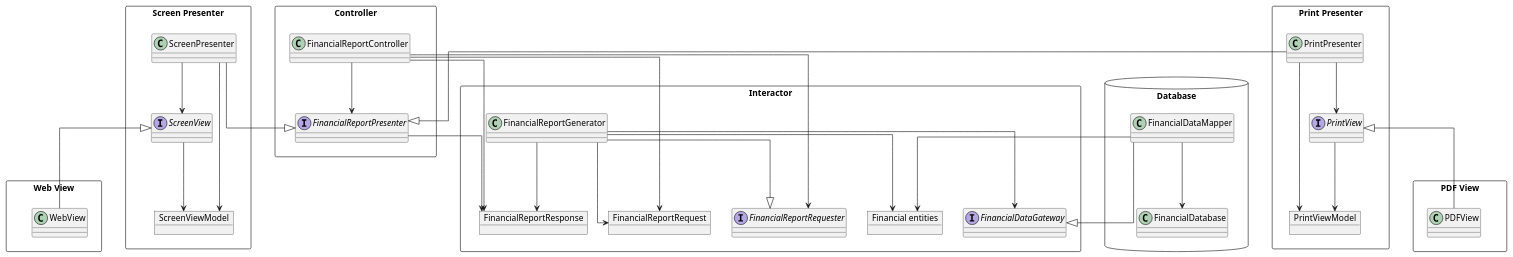
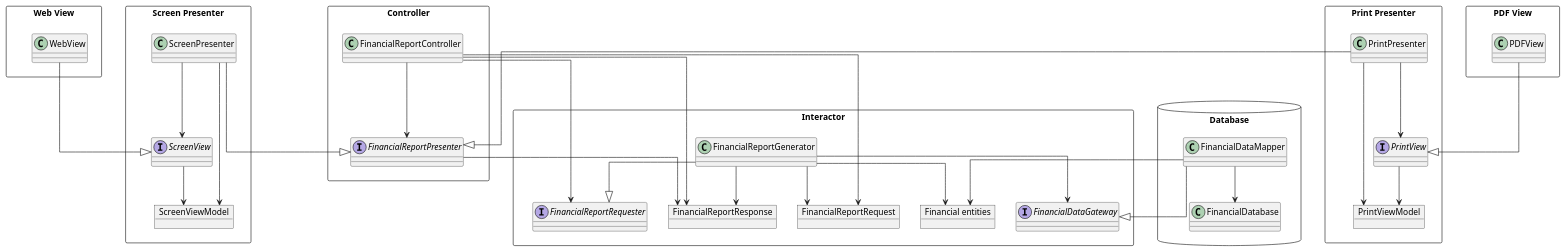
The third of 3 diagrams in pages/Robert C. Martin - Clean Architecture A Craftsman's Guide to Software Structure and Design.md (huland/logseq-notes), drawn with PlantUML before and after one commit.

Commit message:
Auto saved by Logseq

```diff
--- a/pages/Robert C. Martin - Clean Architecture A Craftsman's Guide to Software Structure and Design.md
+++ b/pages/Robert C. Martin - Clean Architecture A Craftsman's Guide to Software Structure and Design.md
@@ -202,67 +202,67 @@
 				  @startuml
 				  skinparam linetype ortho
 				  
 				  package Interactor <<Rectangle>> {
 				    object FinancialReportRequest
 				    interface FinancialReportRequester
 				    object FinancialReportResponse
 				    class FinancialReportGenerator
 				    interface FinancialDataGateway
 				    object "Financial entities" as FinancialEntities
 				  }
 				  package Controller <<Rectangle>> {
 				    class FinancialReportController 
 				    interface FinancialReportPresenter
 				  }
 				  package Database <<Database>> {
 				    class FinancialDataMapper 
 				    class FinancialDatabase
 				  }
 				  package "Screen Presenter" as ScreenPres <<Rectangle>> {
 				    class ScreenPresenter
 				    object ScreenViewModel
 				    interface ScreenView
 				  }
 				  package "Print Presenter" as PrintPres <<Rectangle>> {
 				    class PrintPresenter
 				    object PrintViewModel
 				    interface PrintView
 				  } 
 				  package "PDF View" as PDFV <<Rectangle>> {
 				    class PDFView
 				  } 
 				  package "Web View" as WebV <<Rectangle>> {
 				    class WebView
 				  } 
 				  
 				  FinancialReportGenerator --> FinancialReportRequest
 				  FinancialReportGenerator --> FinancialEntities
 				  FinancialReportGenerator --> FinancialReportResponse
 				  FinancialReportGenerator --> FinancialDataGateway
 				  FinancialReportGenerator --|> FinancialReportRequester
 				  FinancialDataMapper --> FinancialDatabase
 				  FinancialDataMapper --> FinancialEntities
 				  FinancialDataMapper --|> FinancialDataGateway
 				  FinancialReportController --> FinancialReportPresenter
 				  FinancialReportPresenter --> FinancialReportResponse
 				  FinancialReportController --> FinancialReportRequest
 				  FinancialReportController --> FinancialReportRequester
 				  FinancialReportController --> FinancialReportResponse
 				  ScreenPresenter --> ScreenView
 				  ScreenView --> ScreenViewModel
 				  ScreenPresenter --> ScreenViewModel
 				  ScreenPresenter --|> FinancialReportPresenter
 				  PrintPresenter --> PrintView
 				  PrintView --> PrintViewModel
 				  PrintPresenter --> PrintViewModel
 				  PrintPresenter --|> FinancialReportPresenter
-				  WebView -u-|> ScreenView
-				  PDFView -u-|> PrintView
+				  WebView -d-|> ScreenView
+				  PDFView -d-|> PrintView
 				  
 				  WebV -[hidden]> ScreenPres
 				  PDFV -[hidden]> PrintPres
 				  PrintPres -[hidden]> Controller
 				  ScreenPres -[hidden]> Controller
 				  Controller -[hidden]> Interactor
 				  Interactor -[hidden]> Database
 				  @enduml
```
